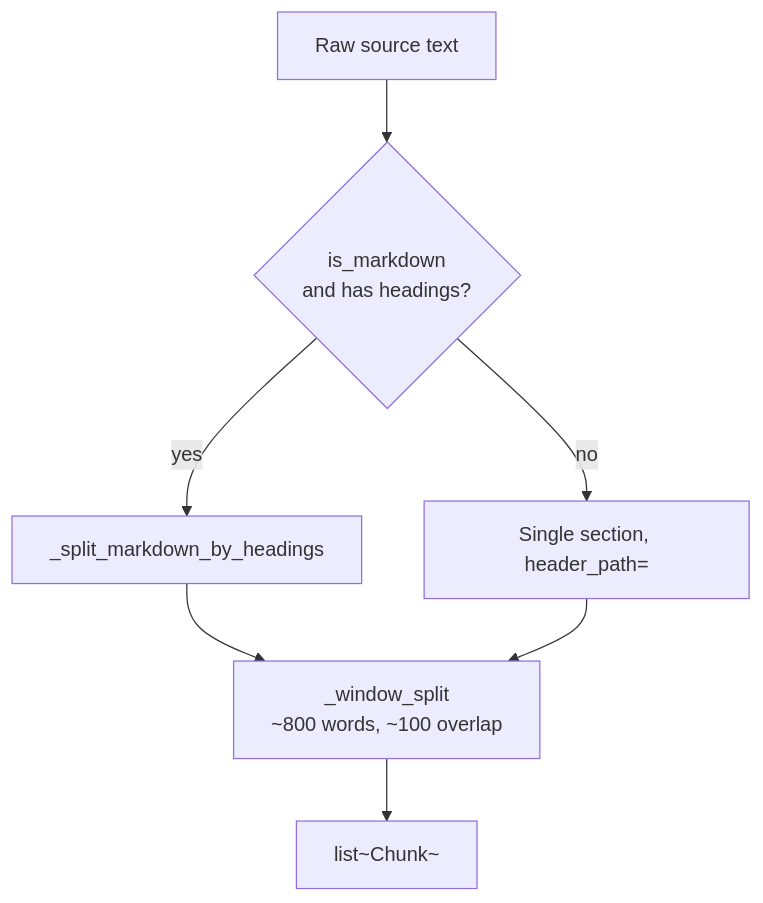
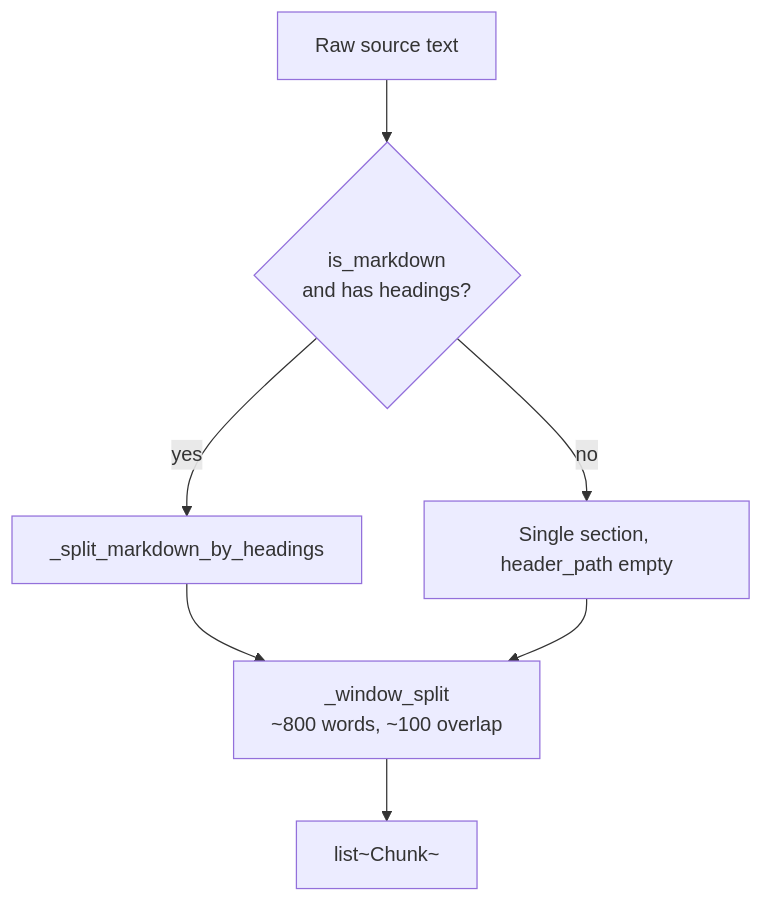
The third of 4 diagrams in diagrams/ai/05-tools.md (Dockdep/LessonHub), drawn with Mermaid before and after one commit. The commit also changed 23 other files, not shown here.

````diff
--- a/diagrams/ai/05-tools.md
+++ b/diagrams/ai/05-tools.md
@@ -82,16 +82,16 @@
 ```mermaid
 flowchart TD
   src[Raw source text]
   md{is_markdown<br/>and has headings?}
   hsplit[_split_markdown_by_headings]
-  flat[Single section, header_path=""]
+  flat["Single section, header_path empty"]
   win[_window_split<br/>~800 words, ~100 overlap]
   chunks[list~Chunk~]
 
   src --> md
   md -- yes --> hsplit
   md -- no --> flat
   hsplit --> win
   flat --> win
   win --> chunks
 ```
````
